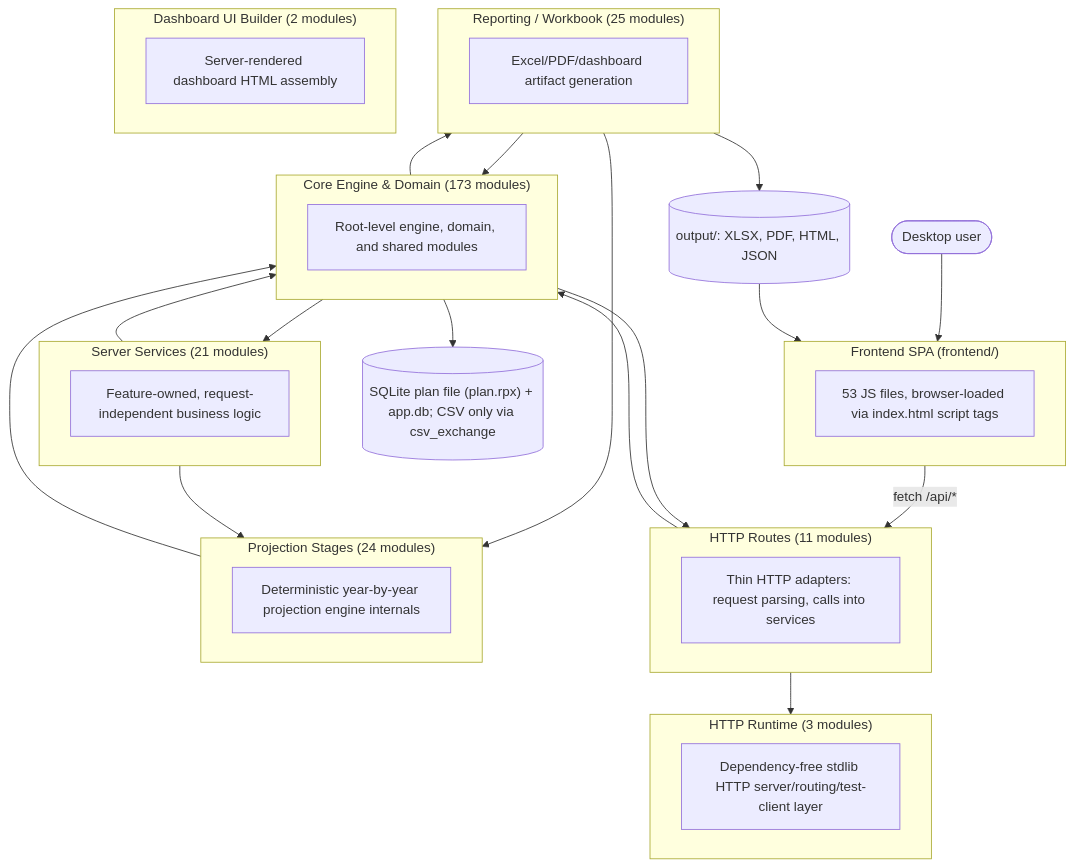
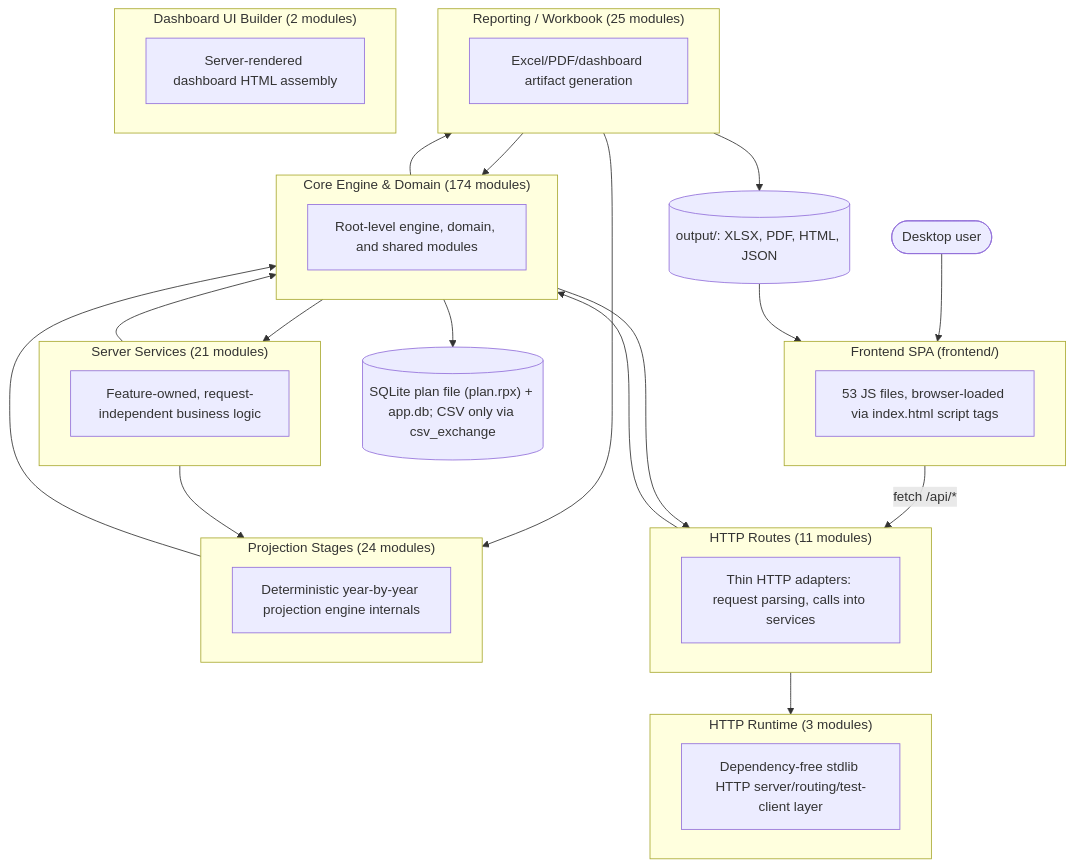
One commit to matthartzman/retirement_system changed the first of 2 diagrams in documentation/reference/SYSTEM_ARCHITECTURE_DIAGRAM.md. Above: the diagram before and after it, drawn with Mermaid. The commit also changed other lines of this file and 39 other files, not shown here.

````diff
--- a/documentation/reference/SYSTEM_ARCHITECTURE_DIAGRAM.md
+++ b/documentation/reference/SYSTEM_ARCHITECTURE_DIAGRAM.md
@@ -11,42 +11,42 @@
 ```mermaid
 flowchart TB
     User(["Desktop user"]) --> FE
     subgraph FE["Frontend SPA (frontend/)"]
         FEcount["53 JS files, browser-loaded via index.html script tags"]
     end
     FE -->|fetch /api/*| L_HTTP_Routes
     subgraph L_HTTP_Routes["HTTP Routes (11 modules)"]
         L_HTTP_Routes_d["Thin HTTP adapters: request parsing, calls into services"]
     end
     subgraph L_Server_Services["Server Services (21 modules)"]
         L_Server_Services_d["Feature-owned, request-independent business logic"]
     end
     subgraph L_HTTP_Runtime["HTTP Runtime (3 modules)"]
         L_HTTP_Runtime_d["Dependency-free stdlib HTTP server/routing/test-client layer"]
     end
-    subgraph L_Core_Engine___Domain["Core Engine & Domain (173 modules)"]
+    subgraph L_Core_Engine___Domain["Core Engine & Domain (174 modules)"]
         L_Core_Engine___Domain_d["Root-level engine, domain, and shared modules"]
     end
     subgraph L_Projection_Stages["Projection Stages (24 modules)"]
         L_Projection_Stages_d["Deterministic year-by-year projection engine internals"]
     end
     subgraph L_Reporting___Workbook["Reporting / Workbook (25 modules)"]
         L_Reporting___Workbook_d["Excel/PDF/dashboard artifact generation"]
     end
     subgraph L_Dashboard_UI_Builder["Dashboard UI Builder (2 modules)"]
         L_Dashboard_UI_Builder_d["Server-rendered dashboard HTML assembly"]
     end
     L_Core_Engine___Domain --> L_HTTP_Routes
     L_Core_Engine___Domain --> L_Reporting___Workbook
     L_Core_Engine___Domain --> L_Server_Services
     L_HTTP_Routes --> L_Core_Engine___Domain
     L_HTTP_Routes --> L_HTTP_Runtime
     L_Projection_Stages --> L_Core_Engine___Domain
     L_Reporting___Workbook --> L_Core_Engine___Domain
     L_Reporting___Workbook --> L_Projection_Stages
     L_Server_Services --> L_Core_Engine___Domain
     L_Server_Services --> L_Projection_Stages
     L_Core_Engine___Domain --> DB[("SQLite plan file (plan.rpx) + app.db; CSV only via csv_exchange")]
     L_Reporting___Workbook --> Outputs[("output/: XLSX, PDF, HTML, JSON")]
     Outputs --> FE
 ```
````
